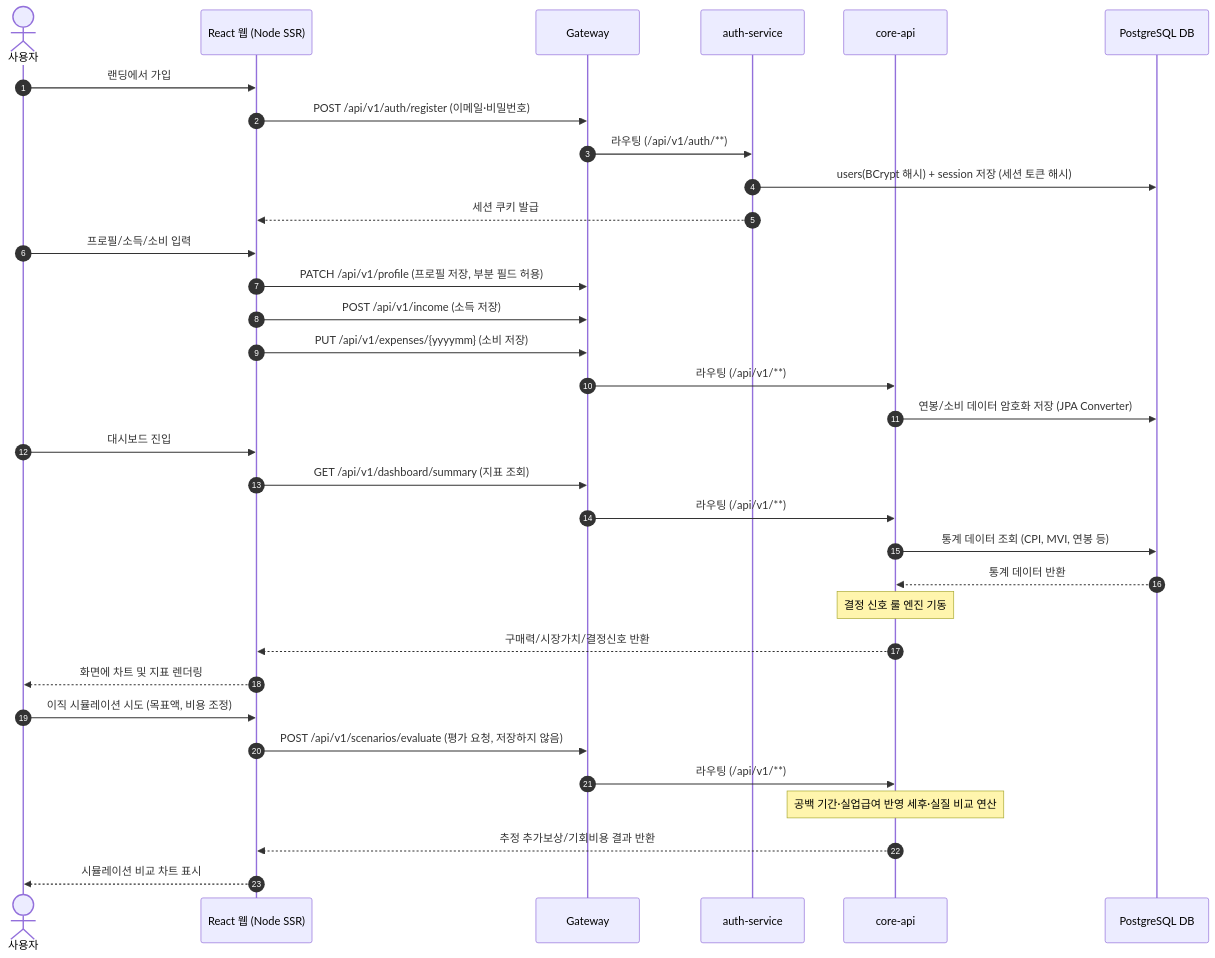
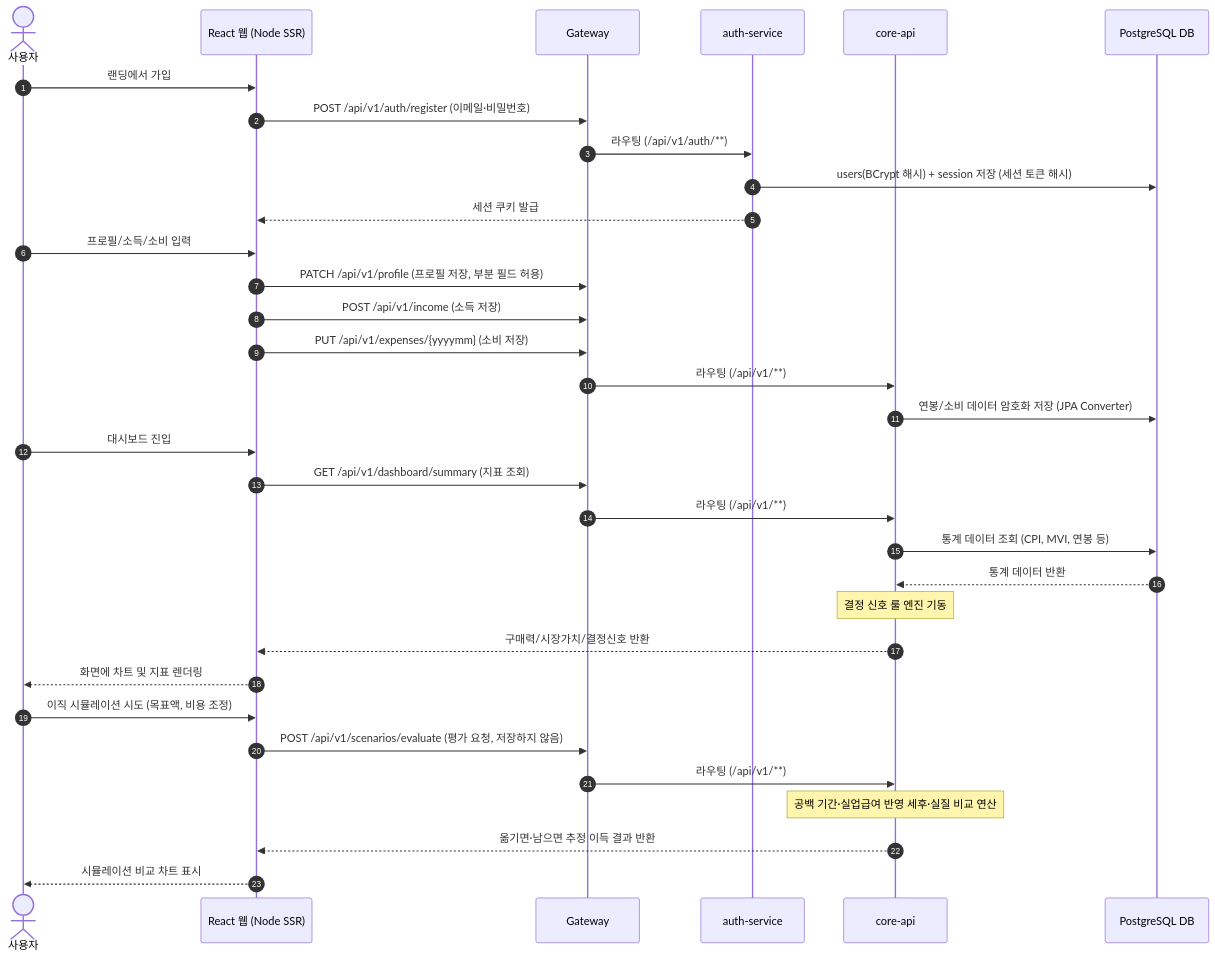
Before and after one commit to SeoHyeokGyu/Carix: the fifth of 5 diagrams in docs/specs/data-architecture.md, drawn with Mermaid. The commit also changed 36 other files, not shown here.

````diff
--- a/docs/specs/data-architecture.md
+++ b/docs/specs/data-architecture.md
@@ -429,36 +429,36 @@
 ```mermaid
 sequenceDiagram
     autonumber
     actor User as 사용자
     participant Web as React 웹 (Node SSR)
     participant GW as Gateway
     participant Auth as auth-service
     participant Core as core-api
     participant DB as PostgreSQL DB
 
     User->>Web: 랜딩에서 가입
     Web->>GW: POST /api/v1/auth/register (이메일·비밀번호)
     GW->>Auth: 라우팅 (/api/v1/auth/**)
     Auth->>DB: users(BCrypt 해시) + session 저장 (세션 토큰 해시)
     Auth-->>Web: 세션 쿠키 발급
     User->>Web: 프로필/소득/소비 입력
     Web->>GW: PATCH /api/v1/profile (프로필 저장, 부분 필드 허용)
     Web->>GW: POST /api/v1/income (소득 저장)
     Web->>GW: PUT /api/v1/expenses/{yyyymm} (소비 저장)
     GW->>Core: 라우팅 (/api/v1/**)
     Core->>DB: 연봉/소비 데이터 암호화 저장 (JPA Converter)
     User->>Web: 대시보드 진입
     Web->>GW: GET /api/v1/dashboard/summary (지표 조회)
     GW->>Core: 라우팅 (/api/v1/**)
     Core->>DB: 통계 데이터 조회 (CPI, MVI, 연봉 등)
     DB-->>Core: 통계 데이터 반환
     Note over Core: 결정 신호 룰 엔진 기동
     Core-->>Web: 구매력/시장가치/결정신호 반환
     Web-->>User: 화면에 차트 및 지표 렌더링
     User->>Web: 이직 시뮬레이션 시도 (목표액, 비용 조정)
     Web->>GW: POST /api/v1/scenarios/evaluate (평가 요청, 저장하지 않음)
     GW->>Core: 라우팅 (/api/v1/**)
     Note over Core: 공백 기간·실업급여 반영 세후·실질 비교 연산
-    Core-->>Web: 추정 추가보상/기회비용 결과 반환
+    Core-->>Web: 옮기면·남으면 추정 이득 결과 반환
     Web-->>User: 시뮬레이션 비교 차트 표시
 ```
````
